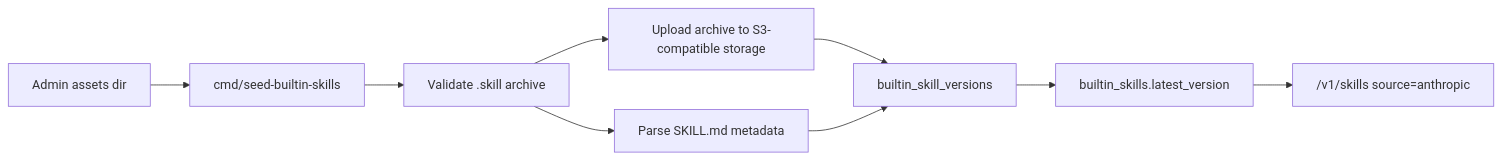
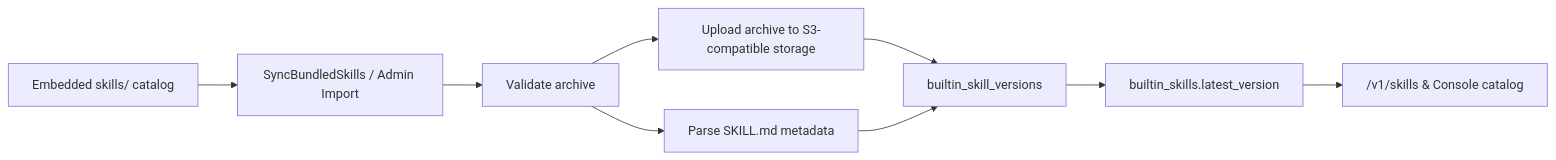
One commit to superduck-ai/open-managed-agents changed the diagram in docs/design/be/skills-builtin-seed-and-storage.md. Above: the diagram before and after it, drawn with Mermaid. The commit also changed other lines of this file and 132 other files, not shown here.

````diff
--- a/docs/design/be/skills-builtin-seed-and-storage.md
+++ b/docs/design/be/skills-builtin-seed-and-storage.md
@@ -41,11 +43,11 @@
 ```mermaid
 flowchart LR
-  A["Admin assets dir"] --> B["cmd/seed-builtin-skills"]
-  B --> C["Validate .skill archive"]
+  A["Embedded skills/ catalog"] --> B["SyncBundledSkills / Admin Import"]
+  B --> C["Validate archive"]
   C --> D["Upload archive to S3-compatible storage"]
   C --> E["Parse SKILL.md metadata"]
   D --> F["builtin_skill_versions"]
   E --> F
   F --> G["builtin_skills.latest_version"]
-  G --> H["/v1/skills source=anthropic"]
+  G --> H["/v1/skills & Console catalog"]
 ```
````
